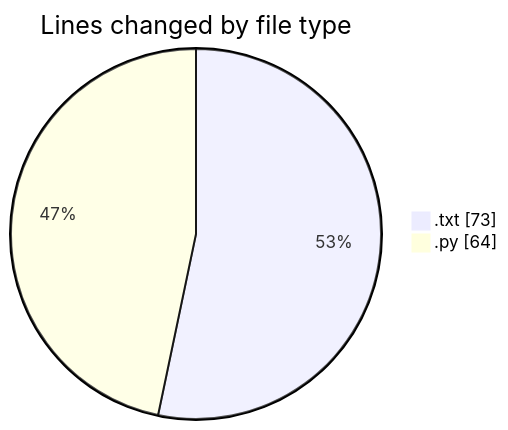
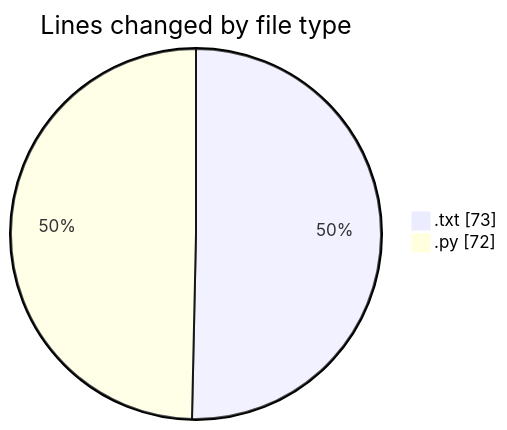
Before and after one commit to lephambinh05/code-tracking: the first of 2 diagrams in 2025-07-13/lab8/README.md, drawn with Mermaid. The commit also changed other lines of this file and 1 other file, not shown here.

````diff
--- a/2025-07-13/lab8/README.md
+++ b/2025-07-13/lab8/README.md
@@ -21,6 +21,6 @@
 ```mermaid
 pie showData
 title Lines changed by file type
 ".txt" : 73
-".py" : 64
+".py" : 72
 ```
````
